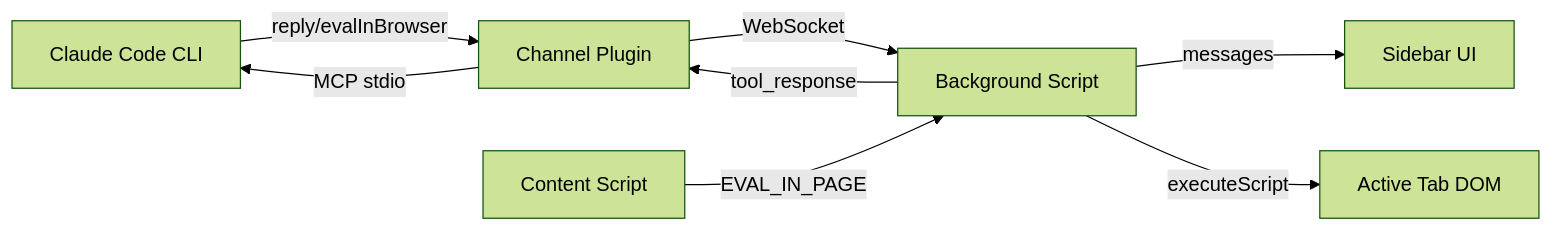
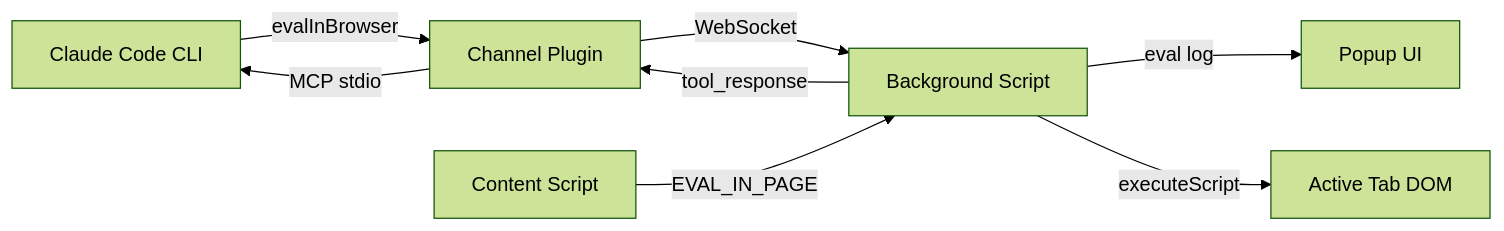
Before and after one commit to korchasa/foxcode: the diagram in documents/design.md, drawn with Mermaid (forest theme). The commit also changed other lines of this file and 11 other files, not shown here.

First line of the commit message:
feat: replace sidebar with eval debug popup, remove reply tool

````diff
--- a/documents/design.md
+++ b/documents/design.md
@@ -9,10 +9,10 @@
 ```mermaid
 graph LR
-  CC[Claude Code CLI] -->|reply/evalInBrowser| CH[Channel Plugin]
+  CC[Claude Code CLI] -->|evalInBrowser| CH[Channel Plugin]
   CH -->|WebSocket| BG[Background Script]
-  BG -->|messages| S[Sidebar UI]
+  BG -->|eval log| P[Popup UI]
   BG -->|executeScript| TAB[Active Tab DOM]
   CS[Content Script] -->|EVAL_IN_PAGE| BG
   BG -->|tool_response| CH
   CH -->|MCP stdio| CC
 ```
````
